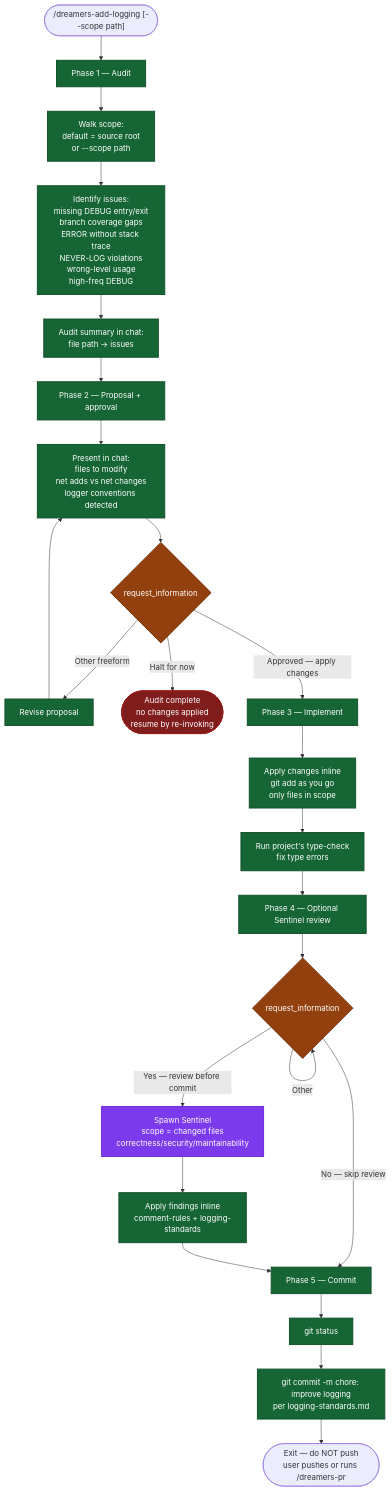
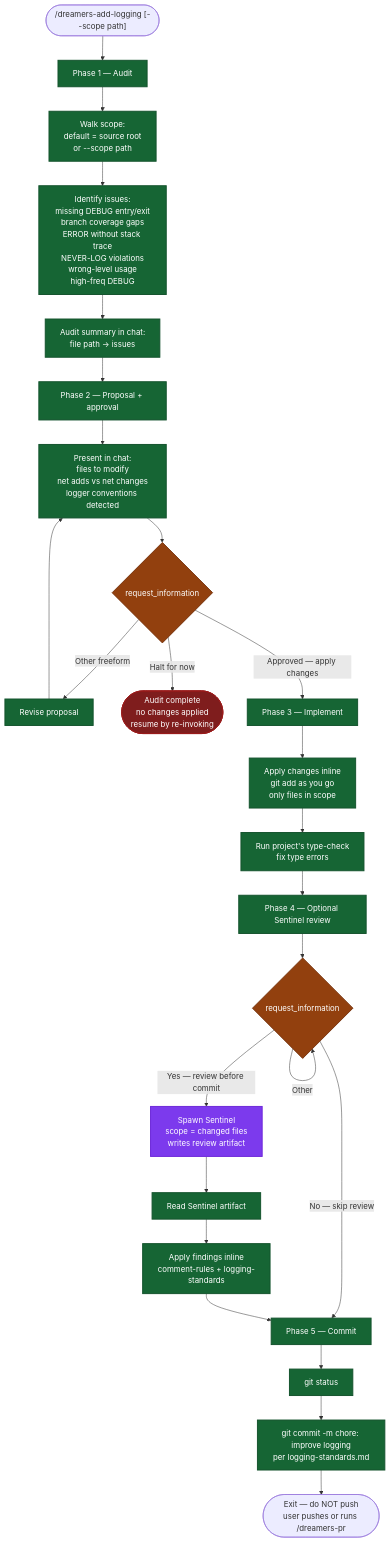
One commit to mrStorrs/dreamers-copilot changed the diagram in .github/skills/dreamers-add-logging/readme.md. Above: the diagram before and after it, drawn with Mermaid. The commit also changed other lines of this file and 24 other files, not shown here.

````diff
--- a/.github/skills/dreamers-add-logging/readme.md
+++ b/.github/skills/dreamers-add-logging/readme.md
@@ -5,41 +5,42 @@
 ```mermaid
 flowchart TD
     Start(["/dreamers-add-logging [--scope path]"]) --> P1
 
     P1["Phase 1 — Audit"] --> Walk["Walk scope:<br/>default = source root<br/>or --scope path"]
     Walk --> Identify["Identify issues:<br/>missing DEBUG entry/exit<br/>branch coverage gaps<br/>ERROR without stack trace<br/>NEVER-LOG violations<br/>wrong-level usage<br/>high-freq DEBUG"]
     Identify --> Summary["Audit summary in chat:<br/>file path → issues"]
     Summary --> P2
 
     P2["Phase 2 — Proposal + approval"] --> Propose["Present in chat:<br/>files to modify<br/>net adds vs net changes<br/>logger conventions detected"]
     Propose --> ApprovalGate{"request_information"}
     ApprovalGate -->|Other freeform| Revise["Revise proposal"]
     Revise --> Propose
     ApprovalGate -->|Halt for now| HaltA(["Audit complete<br/>no changes applied<br/>resume by re-invoking"])
     ApprovalGate -->|Approved — apply changes| P3
 
     P3["Phase 3 — Implement"] --> Apply["Apply changes inline<br/>git add as you go<br/>only files in scope"]
     Apply --> TypeCheck["Run project's type-check<br/>fix type errors"]
     TypeCheck --> P4
 
     P4["Phase 4 — Optional Sentinel review"] --> ReviewGate{"request_information"}
     ReviewGate -->|Other| ReviewGate
     ReviewGate -->|No — skip review| P5
-    ReviewGate -->|Yes — review before commit| SpawnSentinel["Spawn Sentinel<br/>scope = changed files<br/>correctness/security/maintainability"]
-    SpawnSentinel --> ApplyFindings["Apply findings inline<br/>comment-rules + logging-standards"]
+    ReviewGate -->|Yes — review before commit| SpawnSentinel["Spawn Sentinel<br/>scope = changed files<br/>writes review artifact"]
+    SpawnSentinel --> ReadArtifact["Read Sentinel artifact"]
+    ReadArtifact --> ApplyFindings["Apply findings inline<br/>comment-rules + logging-standards"]
     ApplyFindings --> P5
 
     P5["Phase 5 — Commit"] --> Status["git status"]
     Status --> Commit["git commit -m chore: improve logging<br/>per logging-standards.md"]
     Commit --> End(["Exit — do NOT push<br/>user pushes or runs /dreamers-pr"])
 
     classDef gate fill:#92400e,stroke:#78350f,stroke-width:2px,color:#fff
     classDef halt fill:#7f1d1d,stroke:#991b1b,stroke-width:2px,color:#fff
     classDef phase fill:#166534,stroke:#14532d,stroke-width:2px,color:#fff
     classDef agent fill:#7c3aed,stroke:#6d28d9,stroke-width:2px,color:#fff
 
     class ApprovalGate,ReviewGate gate
     class HaltA halt
     class SpawnSentinel agent
-    class P1,P2,P3,P4,P5,Walk,Identify,Summary,Propose,Revise,Apply,TypeCheck,ApplyFindings,Status,Commit phase
+    class P1,P2,P3,P4,P5,Walk,Identify,Summary,Propose,Revise,Apply,TypeCheck,ReadArtifact,ApplyFindings,Status,Commit phase
 ```
````
